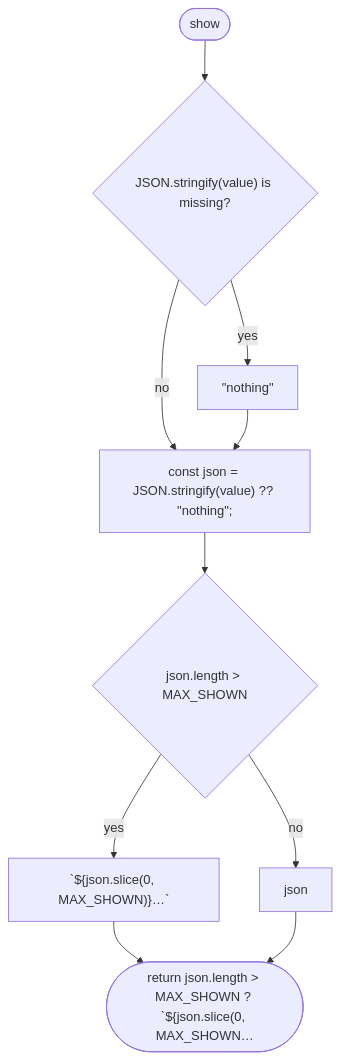
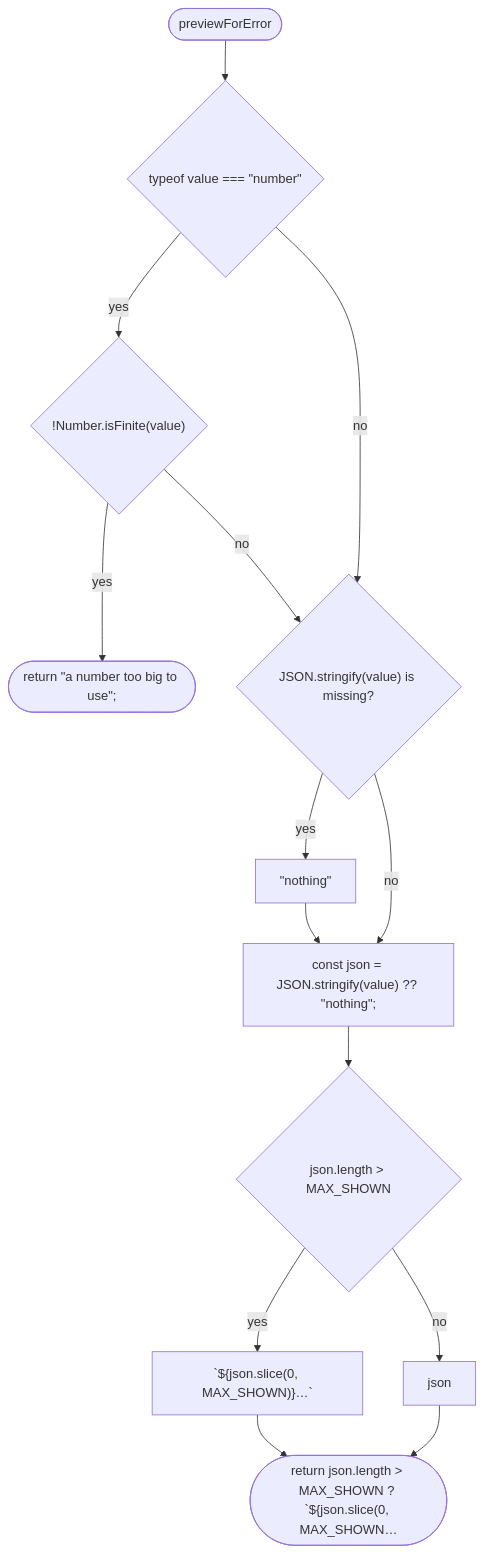
One commit to NewDara-Star/world-engine changed the first of 38 diagrams in docs/flows/src/place/parse.md. Above: the diagram before and after it, drawn with Mermaid. The commit also changed other lines of this file and 18 other files, not shown here.

````diff
--- a/docs/flows/src/place/parse.md
+++ b/docs/flows/src/place/parse.md
@@ -7,20 +7,27 @@
 ```mermaid
 flowchart TD
-  n1(["show"])
-  n2{"JSON.stringify(value) is missing?"}
-  n3["#quot;nothing#quot;"]
-  n4["const json = JSON.stringify(value) ?? #quot;nothing#quot;;"]
-  n5{"json.length #gt; MAX_SHOWN"}
-  n6["#96;${json.slice(0, MAX_SHOWN)}…#96;"]
-  n7["json"]
-  n8(["return json.length #gt; MAX_SHOWN ? #96;${json.slice(0, MAX_SHOWN…"])
+  n1(["previewForError"])
+  n2{"typeof value === #quot;number#quot;"}
+  n3{"!Number.isFinite(value)"}
+  n4(["return #quot;a number too big to use#quot;;"])
+  n5{"JSON.stringify(value) is missing?"}
+  n6["#quot;nothing#quot;"]
+  n7["const json = JSON.stringify(value) ?? #quot;nothing#quot;;"]
+  n8{"json.length #gt; MAX_SHOWN"}
+  n9["#96;${json.slice(0, MAX_SHOWN)}…#96;"]
+  n10["json"]
+  n11(["return json.length #gt; MAX_SHOWN ? #96;${json.slice(0, MAX_SHOWN…"])
   n1 --> n2
   n2 -->|"yes"| n3
-  n2 -->|"no"| n4
-  n3 --> n4
-  n4 --> n5
+  n3 -->|"yes"| n4
+  n2 -->|"no"| n5
+  n3 -->|"no"| n5
   n5 -->|"yes"| n6
   n5 -->|"no"| n7
-  n6 --> n8
+  n6 --> n7
   n7 --> n8
+  n8 -->|"yes"| n9
+  n8 -->|"no"| n10
+  n9 --> n11
+  n10 --> n11
 ```
````
